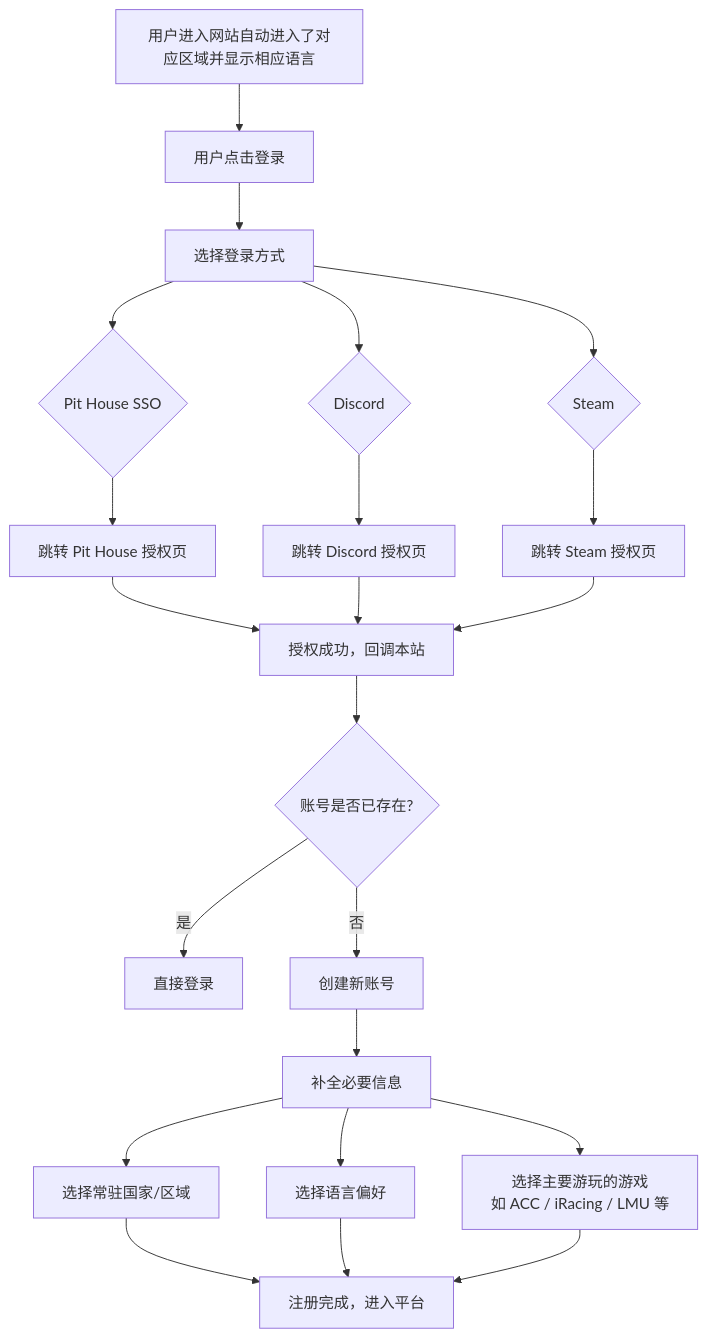
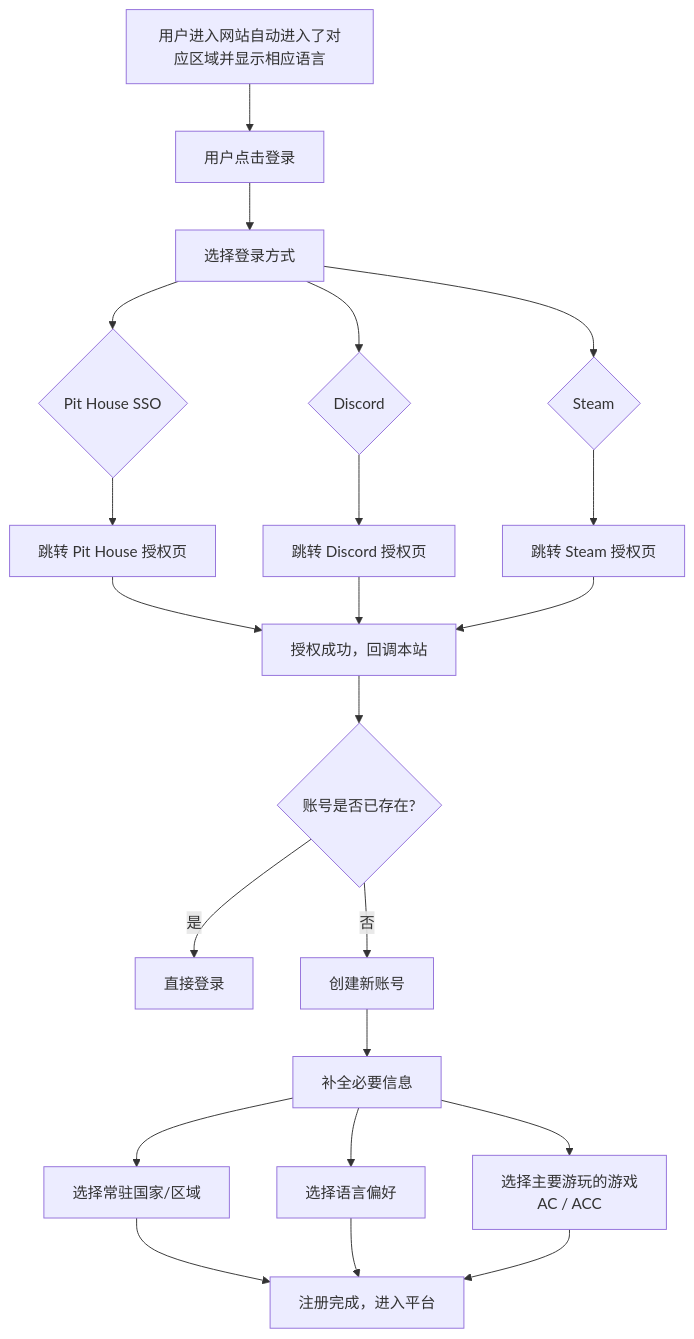
Before and after one commit to SagaLinZP/Racing-Arcade-Admin: the first of 13 diagrams in PRD.md, drawn with Mermaid. The commit also changed other lines of this file and 34 other files, not shown here.

````diff
--- a/PRD.md
+++ b/PRD.md
@@ -159,20 +159,20 @@
 ```mermaid
 flowchart TD
     A["用户进入网站自动进入了对应区域并显示相应语言"] --> B
     B["用户点击登录"] --> C["选择登录方式"]
     C --> D{"Pit House SSO"} & E{"Discord"} & F{"Steam"}
     D --> G["跳转 Pit House 授权页"]
     E --> H["跳转 Discord 授权页"]
     F --> I["跳转 Steam 授权页"]
     G --> J["授权成功，回调本站"]
     H --> J
     I --> J
     J --> K{"账号是否已存在?"}
     K -- 是 --> L["直接登录"]
     K -- 否 --> M["创建新账号"]
     M --> N["补全必要信息"]
-    N --> O["选择常驻国家/区域"] & P["选择语言偏好"] & R["选择主要游玩的游戏<br>如 ACC / iRacing / LMU 等"]
+    N --> O["选择常驻国家/区域"] & P["选择语言偏好"] & R["选择主要游玩的游戏<br>AC / ACC"]
     O --> Q["注册完成，进入平台"]
     P --> Q
     R --> Q
 ```
````
